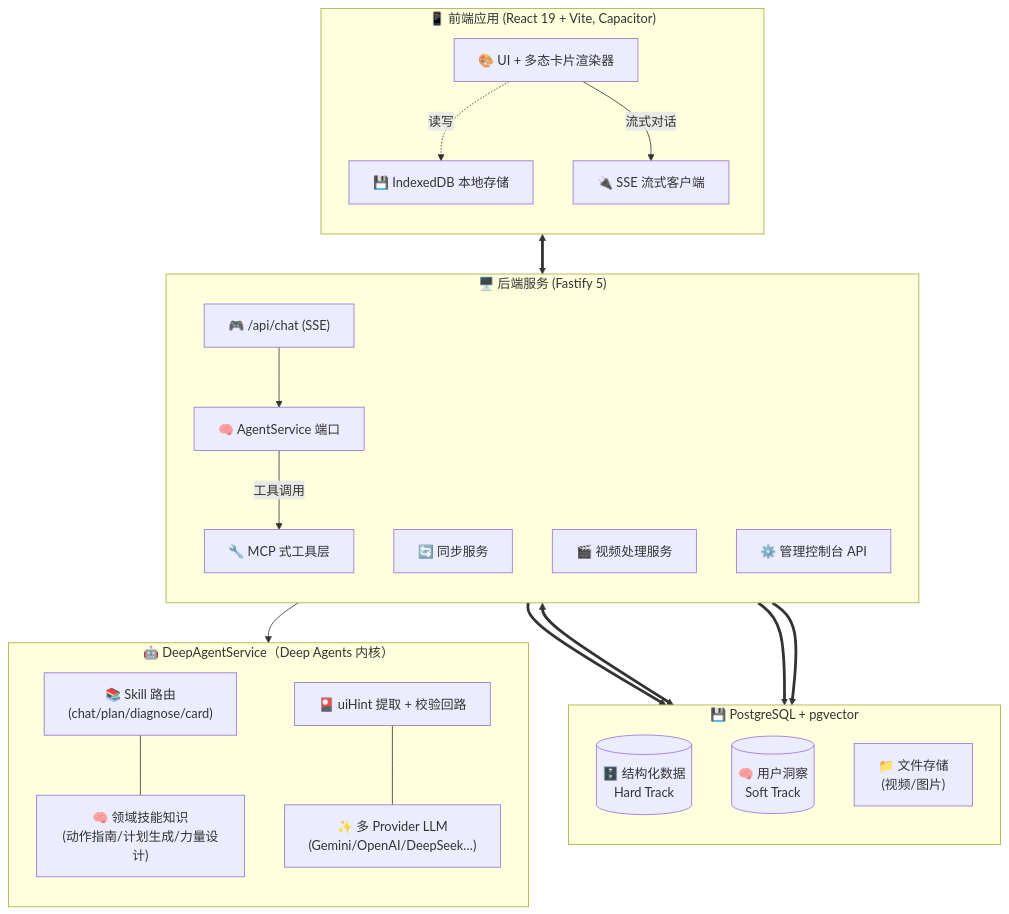
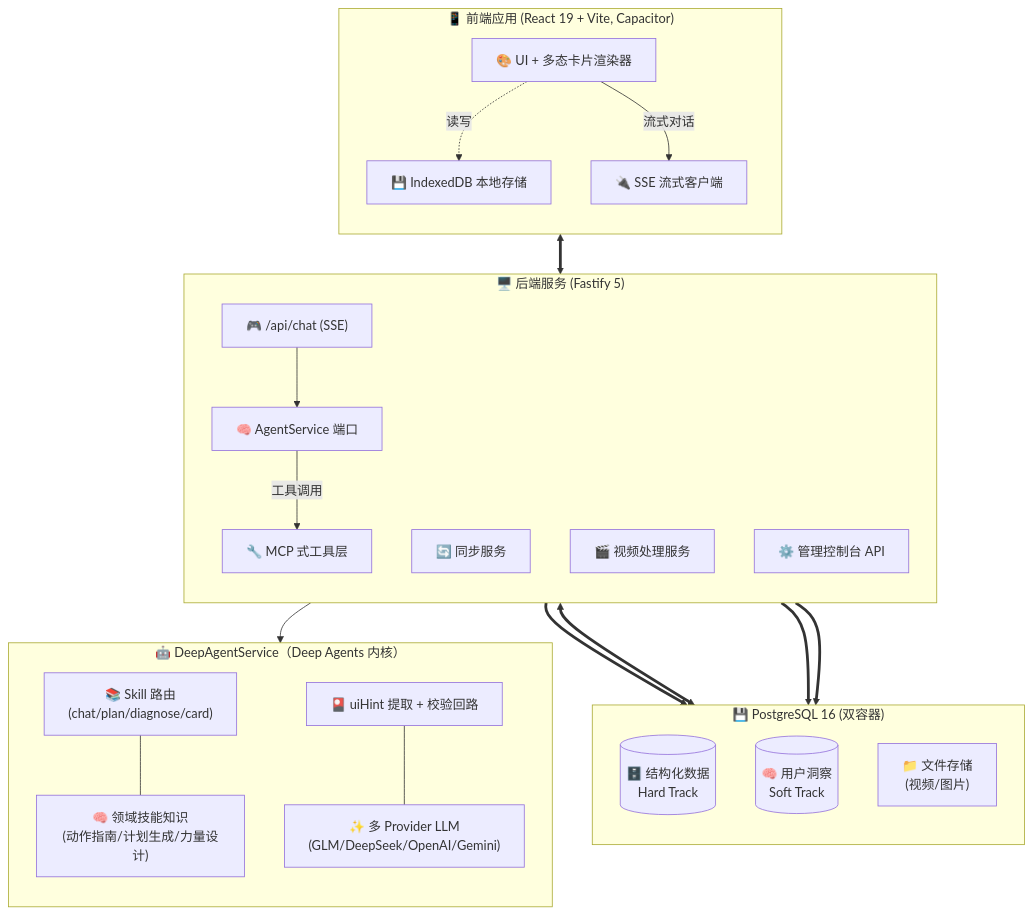
The first of 2 diagrams in README.md (zenthos-z/star-fit), drawn with Mermaid before and after one commit. The commit also changed other lines of this file and 1 other file, not shown here.

````diff
--- a/README.md
+++ b/README.md
@@ -135,47 +135,47 @@
 ```mermaid
 graph TD
     subgraph Frontend ["📱 前端应用 (React 19 + Vite, Capacitor)"]
         direction TB
         UI["🎨 UI + 多态卡片渲染器"]
         IDB["💾 IndexedDB 本地存储"]
         SSE["🔌 SSE 流式客户端"]
     end
 
     subgraph Backend ["🖥️ 后端服务 (Fastify 5)"]
         direction TB
         CHAT["🎮 /api/chat (SSE)"]
         SYNC["🔄 同步服务"]
         VIDEO["🎬 视频处理服务"]
         ADMIN["⚙️ 管理控制台 API"]
         AGENT["🧠 AgentService 端口"]
         MCP["🔧 MCP 式工具层"]
     end
 
     subgraph DeepAgent ["🤖 DeepAgentService（Deep Agents 内核）"]
         direction TB
         SKILL["📚 Skill 路由<br/>(chat/plan/diagnose/card)"]
         KNOW["🧠 领域技能知识<br/>(动作指南/计划生成/力量设计)"]
         HINT["🎴 uiHint 提取 + 校验回路"]
-        LLM["✨ 多 Provider LLM<br/>(Gemini/OpenAI/DeepSeek…)"]
+        LLM["✨ 多 Provider LLM<br/>(GLM/DeepSeek/OpenAI/Gemini)"]
     end
 
-    subgraph Storage ["💾 PostgreSQL + pgvector"]
+    subgraph Storage ["💾 PostgreSQL 16 (双容器)"]
         direction TB
         DB[("🗄️ 结构化数据<br/>Hard Track")]
         VEC[("🧠 用户洞察<br/>Soft Track")]
         FILES["📁 文件存储<br/>(视频/图片)"]
     end
 
     UI -.->|读写| IDB
     UI -->|流式对话| SSE
     SSE <==> CHAT
     CHAT --> AGENT
     AGENT --> DeepAgent
     SKILL --- KNOW
     HINT --- LLM
     AGENT -->|工具调用| MCP
     MCP ==> DB
     SYNC <==> DB
     VIDEO ==> FILES
     ADMIN ==> DB
 ```
````
